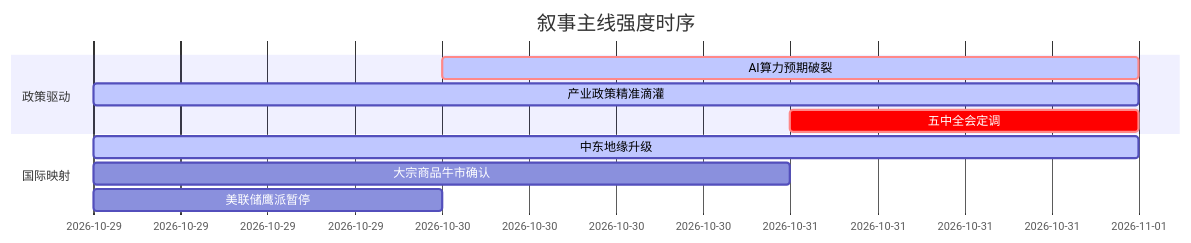
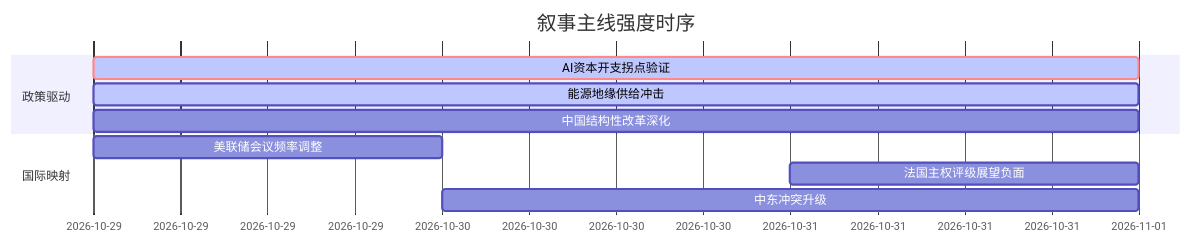
The diagram in 5day_report.md (uu5zn/uu5zn.github.io), drawn with Mermaid before and after one commit. The commit also changed other lines of this file and 3 other files, not shown here.

````diff
--- a/5day_report.md
+++ b/5day_report.md
@@ -56,14 +56,14 @@
 ```mermaid
 gantt
     title 叙事主线强度时序
     dateFormat  YYYY-MM-DD
     section 政策驱动
-    AI算力预期破裂    :crit, active, 2026-10-30, 2d
-    产业政策精准滴灌  :active, 2026-10-29, 3d
-    五中全会定调      :crit, 2026-10-31, 1d
+    AI资本开支拐点验证   :crit, active, 2026-10-29, 3d
+    能源地缘供给冲击     :active, 2026-10-29, 3d
+    中国结构性改革深化    :2026-10-29, 3d
     
     section 国际映射
-    中东地缘升级      :active, 2026-10-29, 3d
-    大宗商品牛市确认  :2026-10-29, 2d
-    美联储鹰派暂停    :2026-10-29, 1d
+    美联储会议频率调整   :2026-10-29, 1d
+    法国主权评级展望负面  :2026-10-31, 1d
+    中东冲突升级          :2026-10-30, 2d
 ```
````
